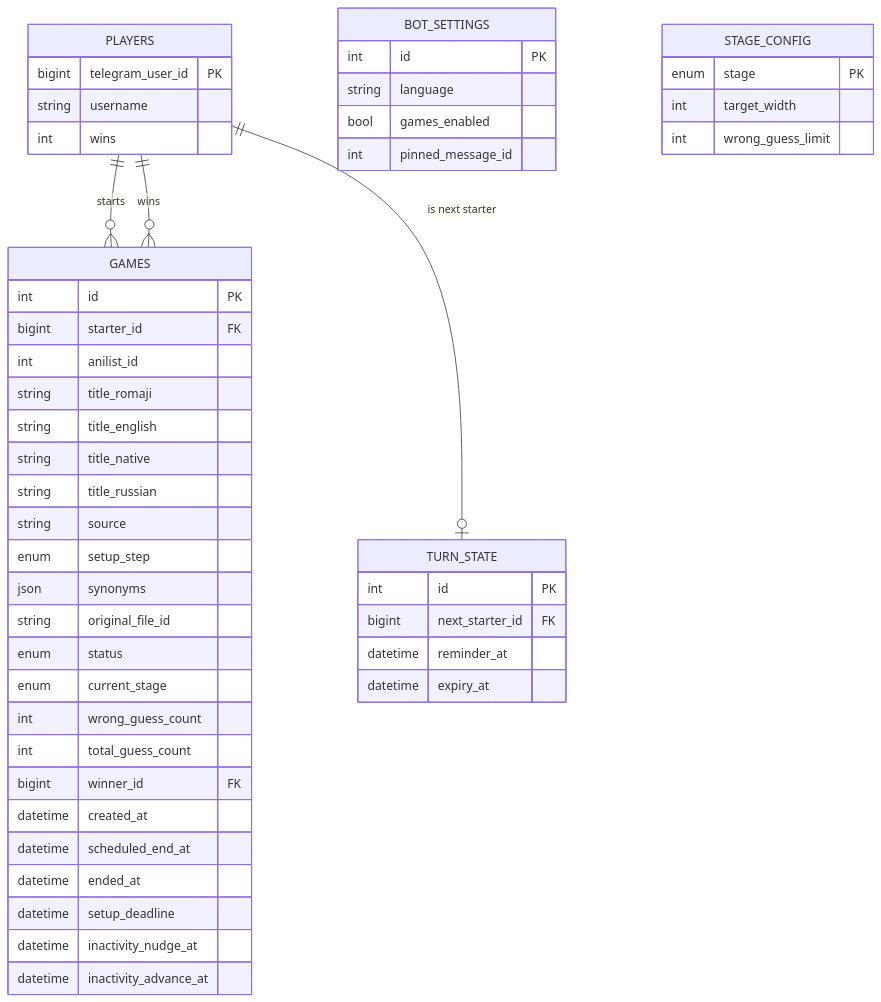
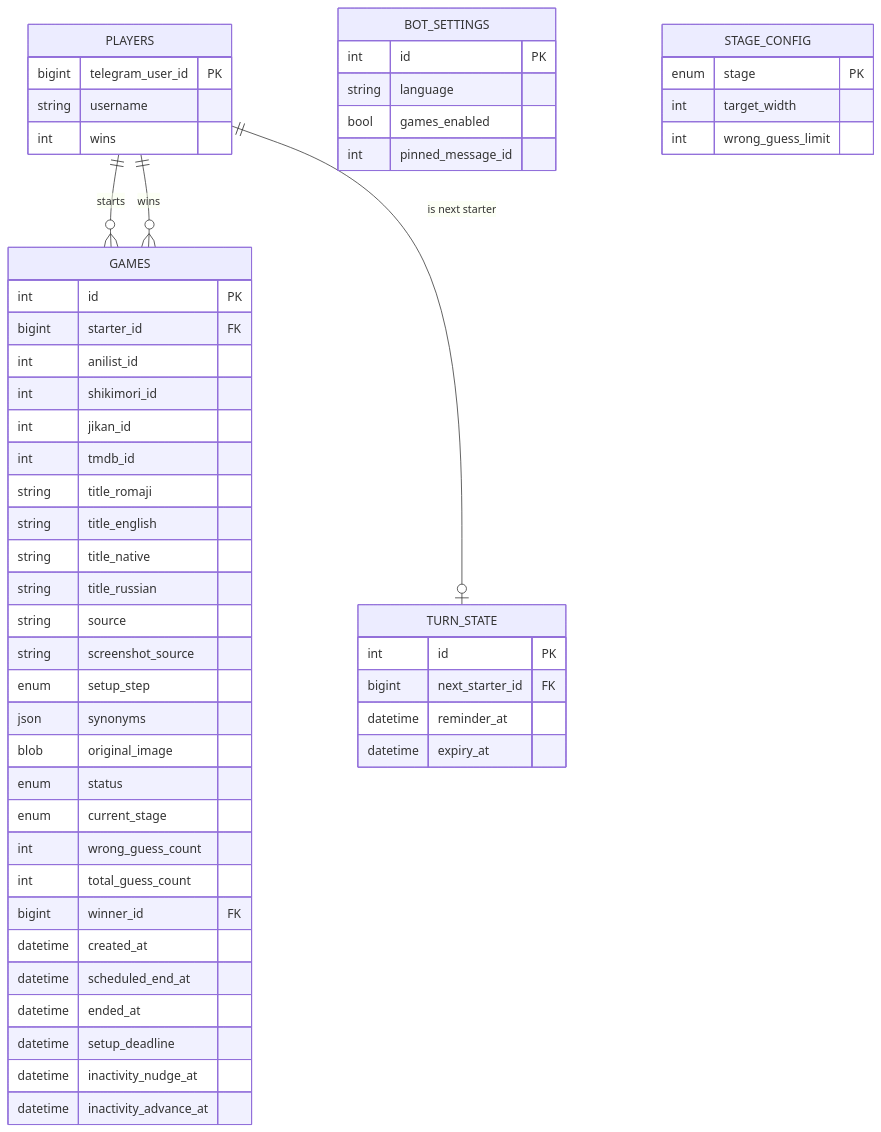
Before and after one commit to sm-steel/nani-pix-bot: the second of 2 diagrams in ARCHITECTURE.md, drawn with Mermaid. The commit also changed other lines of this file and 23 other files, not shown here.

````diff
--- a/ARCHITECTURE.md
+++ b/ARCHITECTURE.md
@@ -123,53 +123,57 @@
 ```mermaid
 erDiagram
     PLAYERS ||--o{ GAMES : starts
     PLAYERS ||--o{ GAMES : wins
     PLAYERS ||--o| TURN_STATE : "is next starter"
 
     PLAYERS {
         bigint telegram_user_id PK
         string username
         int wins
     }
     GAMES {
         int id PK
         bigint starter_id FK
         int anilist_id
+        int shikimori_id
+        int jikan_id
+        int tmdb_id
         string title_romaji
         string title_english
         string title_native
         string title_russian
         string source
+        string screenshot_source
         enum setup_step
         json synonyms
-        string original_file_id
+        blob original_image
         enum status
         enum current_stage
         int wrong_guess_count
         int total_guess_count
         bigint winner_id FK
         datetime created_at
         datetime scheduled_end_at
         datetime ended_at
         datetime setup_deadline
         datetime inactivity_nudge_at
         datetime inactivity_advance_at
     }
     TURN_STATE {
         int id PK
         bigint next_starter_id FK
         datetime reminder_at
         datetime expiry_at
     }
     BOT_SETTINGS {
         int id PK
         string language
         bool games_enabled
         int pinned_message_id
     }
     STAGE_CONFIG {
         enum stage PK
         int target_width
         int wrong_guess_limit
     }
 ```
````
